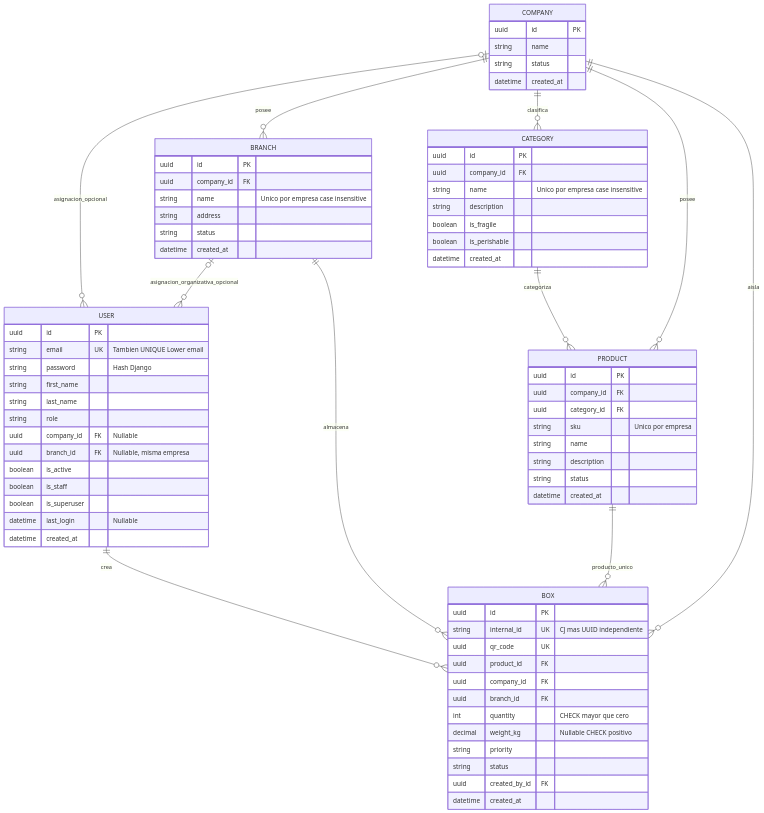
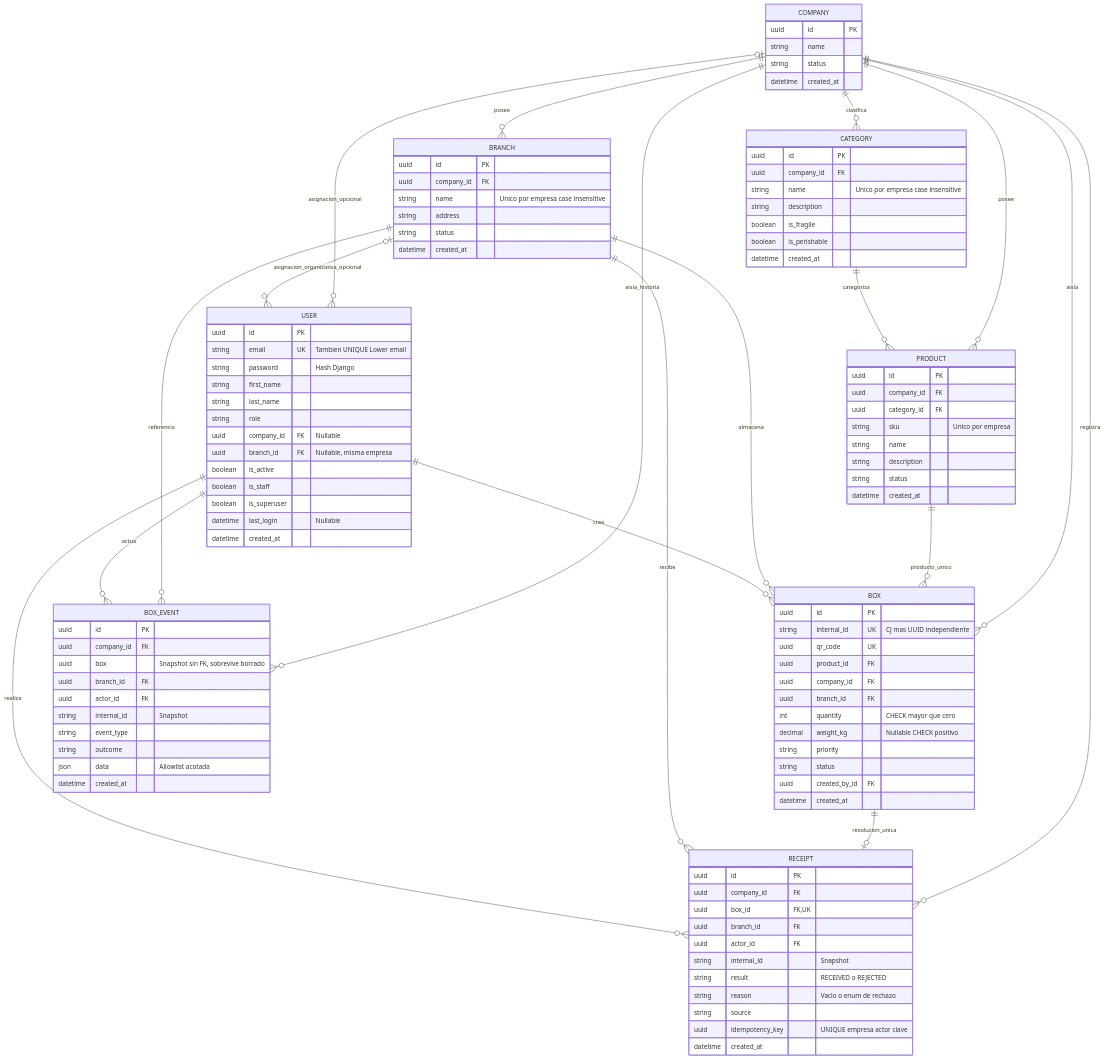
One commit to anthonyarana-debug/logistech-2.0 changed the diagram in docs/MODELO_DATOS.mmd. Above: the diagram before and after it, drawn with Mermaid. The commit also changed 72 other files, not shown here.

```diff
--- a/docs/MODELO_DATOS.mmd
+++ b/docs/MODELO_DATOS.mmd
@@ -1,76 +1,108 @@
 %% Esquema de negocio actualizado en F6: 0001 conservadas y User.branch agregado en 0002.
 %% Se omiten tablas de framework (Django auth, sesiones, Admin y blacklist); ver BASE_DE_DATOS.md.
 %% UNIQUE por empresa y CHECK se detallan en modelos/migraciones/documentación.
 erDiagram
     COMPANY o|--o{ USER : asignacion_opcional
     BRANCH o|--o{ USER : asignacion_organizativa_opcional
     COMPANY ||--o{ BRANCH : posee
     COMPANY ||--o{ CATEGORY : clasifica
     COMPANY ||--o{ PRODUCT : posee
     COMPANY ||--o{ BOX : aisla
     CATEGORY ||--o{ PRODUCT : categoriza
     PRODUCT ||--o{ BOX : producto_unico
     BRANCH ||--o{ BOX : almacena
     USER ||--o{ BOX : crea
+    COMPANY ||--o{ RECEIPT : registra
+    COMPANY ||--o{ BOX_EVENT : aisla_historia
+    BOX ||--o| RECEIPT : resolucion_unica
+    BRANCH ||--o{ RECEIPT : recibe
+    BRANCH ||--o{ BOX_EVENT : referencia
+    USER ||--o{ RECEIPT : realiza
+    USER ||--o{ BOX_EVENT : actua
     COMPANY {
         uuid id PK
         string name
         string status
         datetime created_at
     }
     USER {
         uuid id PK
         string email UK "Tambien UNIQUE Lower email"
         string password "Hash Django"
         string first_name
         string last_name
         string role
         uuid company_id FK "Nullable"
         uuid branch_id FK "Nullable, misma empresa"
         boolean is_active
         boolean is_staff
         boolean is_superuser
         datetime last_login "Nullable"
         datetime created_at
     }
     BRANCH {
         uuid id PK
         uuid company_id FK
         string name "Unico por empresa case insensitive"
         string address
         string status
         datetime created_at
     }
     CATEGORY {
         uuid id PK
         uuid company_id FK
         string name "Unico por empresa case insensitive"
         string description
         boolean is_fragile
         boolean is_perishable
         datetime created_at
     }
     PRODUCT {
         uuid id PK
         uuid company_id FK
         uuid category_id FK
         string sku "Unico por empresa"
         string name
         string description
         string status
         datetime created_at
     }
     BOX {
         uuid id PK
         string internal_id UK "CJ mas UUID independiente"
         uuid qr_code UK
         uuid product_id FK
         uuid company_id FK
         uuid branch_id FK
         int quantity "CHECK mayor que cero"
         decimal weight_kg "Nullable CHECK positivo"
         string priority
         string status
         uuid created_by_id FK
         datetime created_at
     }
+    RECEIPT {
+        uuid id PK
+        uuid company_id FK
+        uuid box_id FK,UK
+        uuid branch_id FK
+        uuid actor_id FK
+        string internal_id "Snapshot"
+        string result "RECEIVED o REJECTED"
+        string reason "Vacio o enum de rechazo"
+        string source
+        uuid idempotency_key "UNIQUE empresa actor clave"
+        datetime created_at
+    }
+    BOX_EVENT {
+        uuid id PK
+        uuid company_id FK
+        uuid box "Snapshot sin FK, sobrevive borrado"
+        uuid branch_id FK
+        uuid actor_id FK
+        string internal_id "Snapshot"
+        string event_type
+        string outcome
+        json data "Allowlist acotada"
+        datetime created_at
+    }
```
